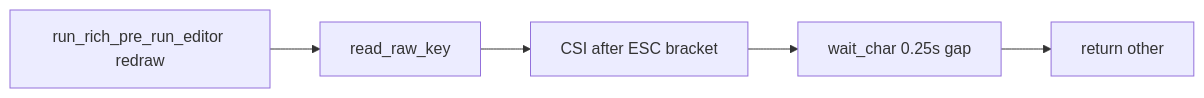
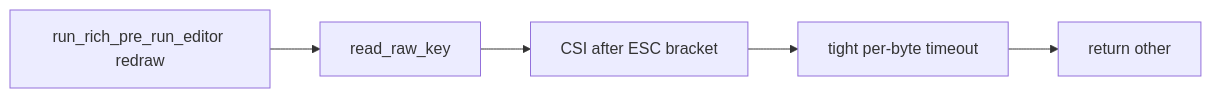
One commit to glblackburn/pub-bin changed the diagram in docs/plans/agent/def-006-tui-arrow-keys.plan.md. Above: the diagram before and after it, drawn with Mermaid. The commit also changed other lines of this file and 2 other files, not shown here.

````diff
--- a/docs/plans/agent/def-006-tui-arrow-keys.plan.md
+++ b/docs/plans/agent/def-006-tui-arrow-keys.plan.md
@@ -29,10 +25,10 @@
 ```mermaid
 flowchart LR
   redraw[run_rich_pre_run_editor redraw]
   read[read_raw_key]
   csi[CSI after ESC bracket]
-  timeout[wait_char 0.25s gap]
+  timeout[tight per-byte timeout]
   other[return other]
   redraw --> read --> csi
   csi --> timeout --> other
 ```
````
